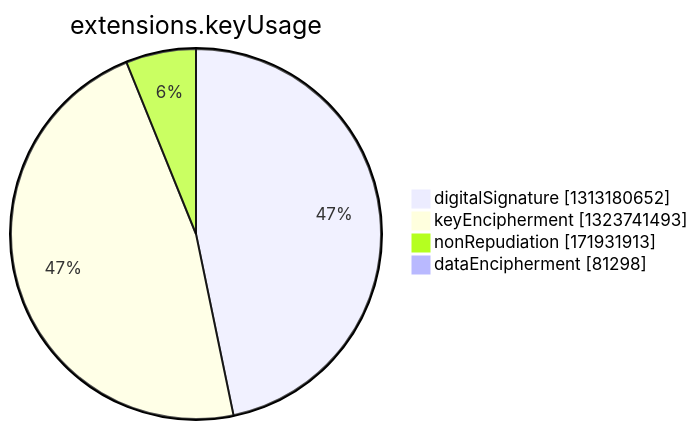
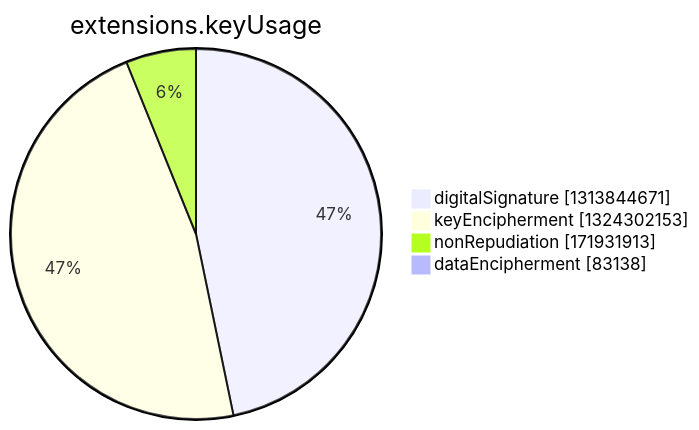
The seventh of 15 diagrams in argon2022/README.md (christiankrug/ctmonitor_visualization), drawn with Mermaid before and after one commit. The commit also changed other lines of this file, not shown here.

````diff
--- a/argon2022/README.md
+++ b/argon2022/README.md
@@ -2750,8 +2750,8 @@
 ```mermaid
 pie showData
 title extensions.keyUsage
-"digitalSignature" :1313180652
-"keyEncipherment" :1323741493
+"digitalSignature" :1313844671
+"keyEncipherment" :1324302153
 "nonRepudiation" :171931913
-"dataEncipherment" :81298
+"dataEncipherment" :83138
 ```
````
